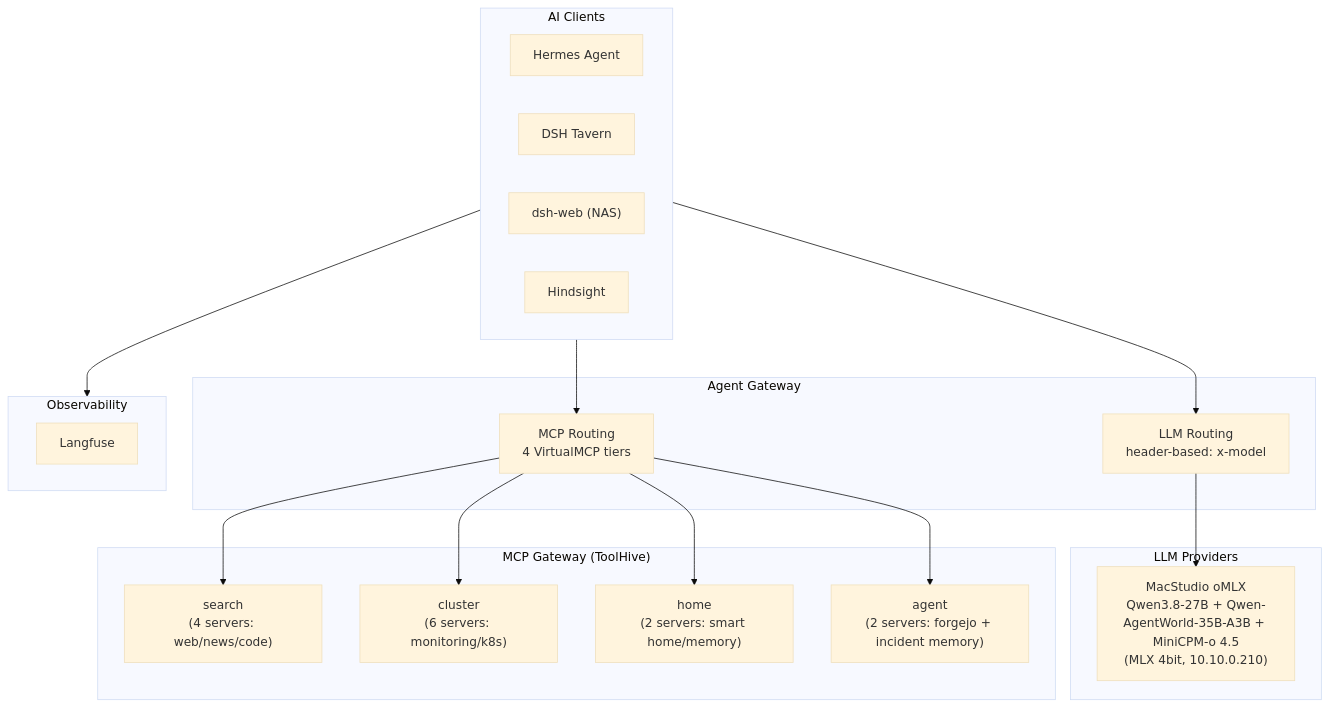
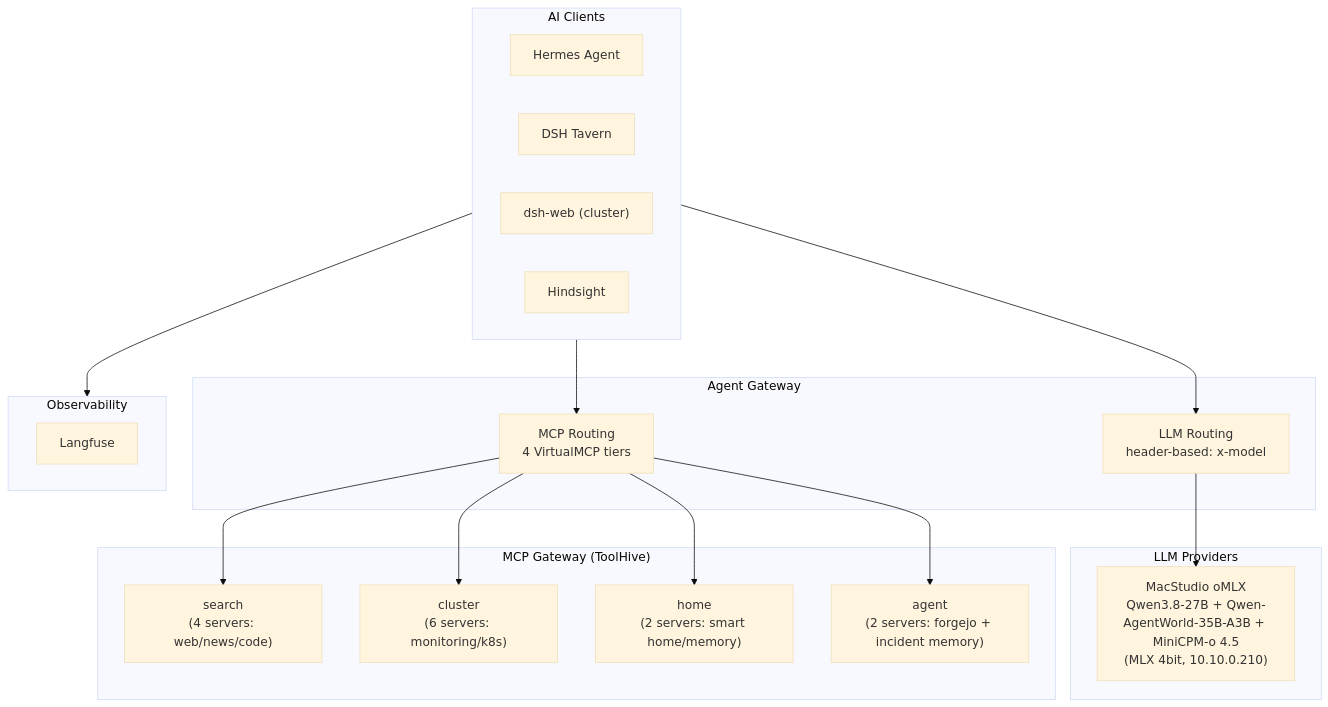
Before and after one commit to soulwhisper/home-ops: the diagram in docs/application/ai.md, drawn with Mermaid (base theme). The commit also changed other lines of this file and 25 other files, not shown here.

First line of the commit message:
feat(dsh): run DSH Web and Tavern in servitor-apps (#4236)

````diff
--- a/docs/application/ai.md
+++ b/docs/application/ai.md
@@ -8,38 +8,38 @@
 ```mermaid
 flowchart TB
     subgraph Clients["AI Clients"]
         Hermes["Hermes Agent"]
         Tavern["DSH Tavern"]
-        DSHW["dsh-web (NAS)"]
+        DSHW["dsh-web (cluster)"]
         HS["Hindsight"]
     end
 
     subgraph Gateway["Agent Gateway"]
         AG-LLM["LLM Routing<br/>header-based: x-model"]
         AG-MCP["MCP Routing<br/>4 VirtualMCP tiers"]
     end
 
     subgraph LLM["LLM Providers"]
         Studio["MacStudio oMLX<br/>Qwen3.8-27B + Qwen-AgentWorld-35B-A3B + MiniCPM-o 4.5<br/>(MLX 4bit, 10.10.0.210)"]
     end
 
     subgraph MCP["MCP Gateway (ToolHive)"]
         VMCP-SEARCH["search<br/>(4 servers: web/news/code)"]
         VMCP-CLUSTER["cluster<br/>(6 servers: monitoring/k8s)"]
         VMCP-HOME["home<br/>(2 servers: smart home/memory)"]
         VMCP-AGENT["agent<br/>(2 servers: forgejo + incident memory)"]
     end
 
     subgraph Obs["Observability"]
         Langfuse["Langfuse"]
     end
 
     Clients --> AG-LLM
     Clients --> AG-MCP
     AG-LLM --> Studio
     AG-MCP --> VMCP-SEARCH
     AG-MCP --> VMCP-CLUSTER
     AG-MCP --> VMCP-HOME
     AG-MCP --> VMCP-AGENT
     Clients --> Obs
 ```
````
